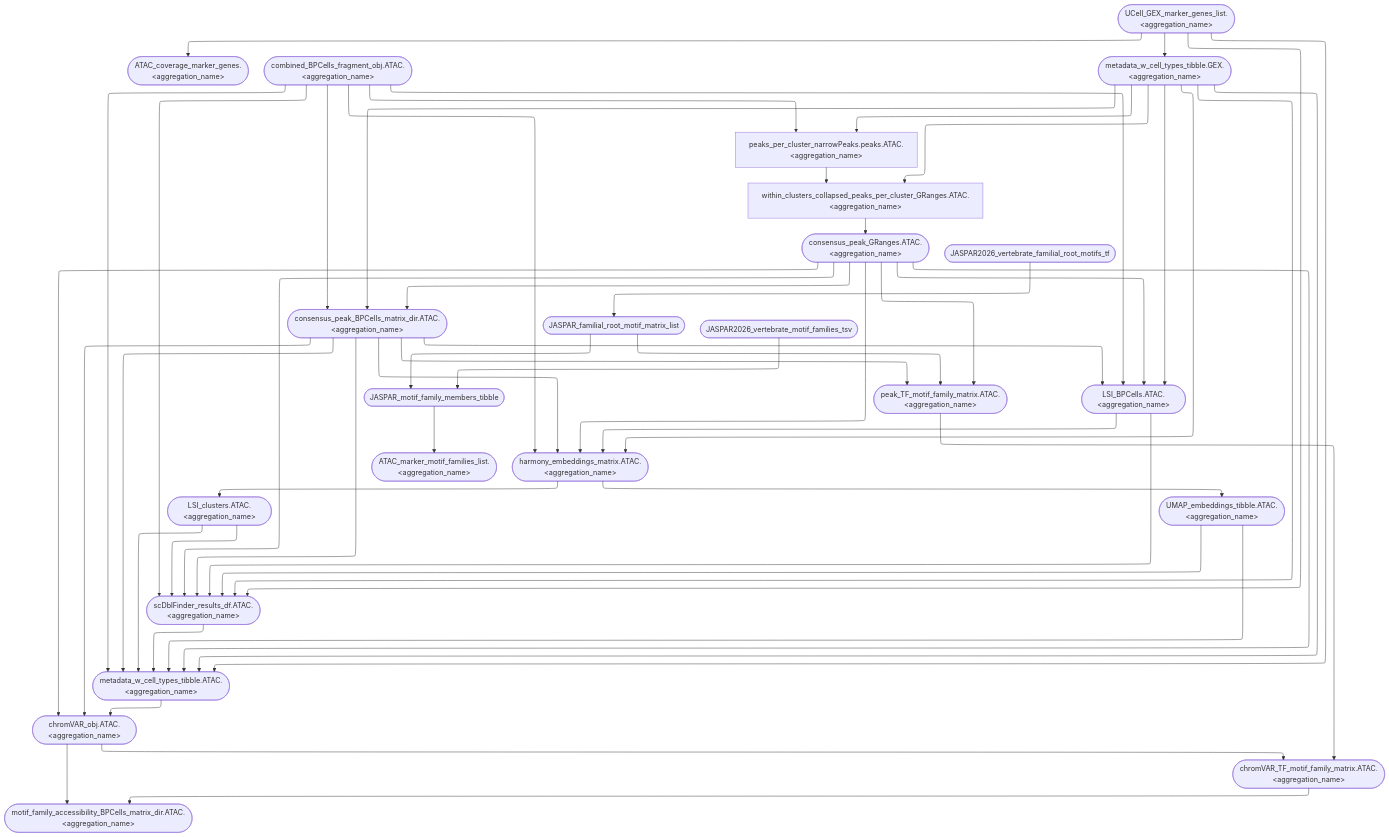
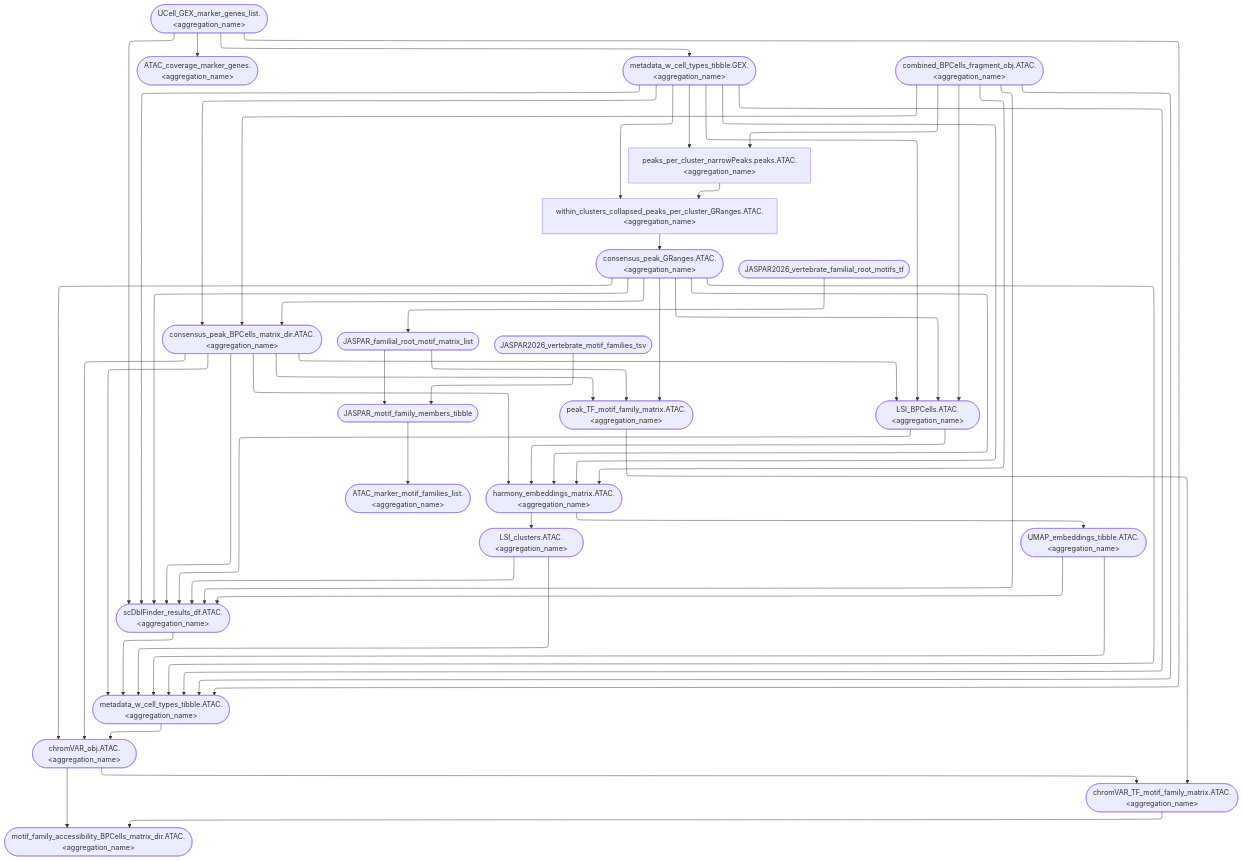
The diagram in website/figures/human_curated/ATAC_v2.mmd (koefoeden/multiomeR), drawn with Mermaid before and after one commit. The commit also changed other lines of this file and 25 other files, not shown here.

```diff
--- a/website/figures/human_curated/ATAC_v2.mmd
+++ b/website/figures/human_curated/ATAC_v2.mmd
@@ -7,8 +7,8 @@
   chromVAR_obj.ATAC.immune_human_2x(["chromVAR_obj.ATAC.&lt;aggregation_name&gt;"]):::none --> chromVAR_TF_motif_family_matrix.ATAC.immune_human_2x(["chromVAR_TF_motif_family_matrix.ATAC.&lt;aggregation_name&gt;"]):::none
   peak_TF_motif_family_matrix.ATAC.immune_human_2x(["peak_TF_motif_family_matrix.ATAC.&lt;aggregation_name&gt;"]):::none --> chromVAR_TF_motif_family_matrix.ATAC.immune_human_2x(["chromVAR_TF_motif_family_matrix.ATAC.&lt;aggregation_name&gt;"]):::none
   consensus_peak_GRanges.ATAC.immune_human_2x(["consensus_peak_GRanges.ATAC.&lt;aggregation_name&gt;"]):::none --> consensus_peak_BPCells_matrix_dir.ATAC.immune_human_2x(["consensus_peak_BPCells_matrix_dir.ATAC.&lt;aggregation_name&gt;"]):::none
+  metadata_w_cell_types_tibble.GEX.immune_human_2x(["metadata_w_cell_types_tibble.GEX.&lt;aggregation_name&gt;"]):::none --> consensus_peak_BPCells_matrix_dir.ATAC.immune_human_2x(["consensus_peak_BPCells_matrix_dir.ATAC.&lt;aggregation_name&gt;"]):::none
   combined_BPCells_fragment_obj.ATAC.immune_human_2x(["combined_BPCells_fragment_obj.ATAC.&lt;aggregation_name&gt;"]):::none --> consensus_peak_BPCells_matrix_dir.ATAC.immune_human_2x(["consensus_peak_BPCells_matrix_dir.ATAC.&lt;aggregation_name&gt;"]):::none
-  metadata_w_cell_types_tibble.GEX.immune_human_2x(["metadata_w_cell_types_tibble.GEX.&lt;aggregation_name&gt;"]):::none --> consensus_peak_BPCells_matrix_dir.ATAC.immune_human_2x(["consensus_peak_BPCells_matrix_dir.ATAC.&lt;aggregation_name&gt;"]):::none
   within_clusters_collapsed_peaks_per_cluster_GRanges.ATAC.immune_human_2x["within_clusters_collapsed_peaks_per_cluster_GRanges.ATAC.&lt;aggregation_name&gt;"]:::none --> consensus_peak_GRanges.ATAC.immune_human_2x(["consensus_peak_GRanges.ATAC.&lt;aggregation_name&gt;"]):::none
   LSI_BPCells.ATAC.immune_human_2x(["LSI_BPCells.ATAC.&lt;aggregation_name&gt;"]):::none --> harmony_embeddings_matrix.ATAC.immune_human_2x(["harmony_embeddings_matrix.ATAC.&lt;aggregation_name&gt;"]):::none
   JASPAR2026_vertebrate_familial_root_motifs_tf(["JASPAR2026_vertebrate_familial_root_motifs_tf"]):::none --> JASPAR_familial_root_motif_matrix_list(["JASPAR_familial_root_motif_matrix_list"]):::none
@@ -16,35 +16,35 @@
   JASPAR2026_vertebrate_motif_families_tsv(["JASPAR2026_vertebrate_motif_families_tsv"]):::none --> JASPAR_motif_family_members_tibble(["JASPAR_motif_family_members_tibble"]):::none
   harmony_embeddings_matrix.ATAC.immune_human_2x(["harmony_embeddings_matrix.ATAC.&lt;aggregation_name&gt;"]):::none --> LSI_clusters.ATAC.immune_human_2x(["LSI_clusters.ATAC.&lt;aggregation_name&gt;"]):::none
   scDblFinder_results_df.ATAC.immune_human_2x(["scDblFinder_results_df.ATAC.&lt;aggregation_name&gt;"]):::none --> metadata_w_cell_types_tibble.ATAC.immune_human_2x(["metadata_w_cell_types_tibble.ATAC.&lt;aggregation_name&gt;"]):::none
+  JASPAR_familial_root_motif_matrix_list(["JASPAR_familial_root_motif_matrix_list"]):::none --> peak_TF_motif_family_matrix.ATAC.immune_human_2x(["peak_TF_motif_family_matrix.ATAC.&lt;aggregation_name&gt;"]):::none
   consensus_peak_GRanges.ATAC.immune_human_2x(["consensus_peak_GRanges.ATAC.&lt;aggregation_name&gt;"]):::none --> peak_TF_motif_family_matrix.ATAC.immune_human_2x(["peak_TF_motif_family_matrix.ATAC.&lt;aggregation_name&gt;"]):::none
-  JASPAR_familial_root_motif_matrix_list(["JASPAR_familial_root_motif_matrix_list"]):::none --> peak_TF_motif_family_matrix.ATAC.immune_human_2x(["peak_TF_motif_family_matrix.ATAC.&lt;aggregation_name&gt;"]):::none
   combined_BPCells_fragment_obj.ATAC.immune_human_2x(["combined_BPCells_fragment_obj.ATAC.&lt;aggregation_name&gt;"]):::none --> peaks_per_cluster_narrowPeaks.peaks.ATAC.immune_human_2x["peaks_per_cluster_narrowPeaks.peaks.ATAC.&lt;aggregation_name&gt;"]:::none
   harmony_embeddings_matrix.ATAC.immune_human_2x(["harmony_embeddings_matrix.ATAC.&lt;aggregation_name&gt;"]):::none --> UMAP_embeddings_tibble.ATAC.immune_human_2x(["UMAP_embeddings_tibble.ATAC.&lt;aggregation_name&gt;"]):::none
   metadata_w_cell_types_tibble.GEX.immune_human_2x(["metadata_w_cell_types_tibble.GEX.&lt;aggregation_name&gt;"]):::none --> peaks_per_cluster_narrowPeaks.peaks.ATAC.immune_human_2x["peaks_per_cluster_narrowPeaks.peaks.ATAC.&lt;aggregation_name&gt;"]:::none
   chromVAR_obj.ATAC.immune_human_2x(["chromVAR_obj.ATAC.&lt;aggregation_name&gt;"]):::none --> motif_family_accessibility_BPCells_matrix_dir.ATAC.immune_human_2x(["motif_family_accessibility_BPCells_matrix_dir.ATAC.&lt;aggregation_name&gt;"]):::none
+  UCell_GEX_marker_genes_list.immune_human_2x(["UCell_GEX_marker_genes_list.&lt;aggregation_name&gt;"]):::none --> metadata_w_cell_types_tibble.GEX.immune_human_2x(["metadata_w_cell_types_tibble.GEX.&lt;aggregation_name&gt;"]):::none
+  UCell_GEX_marker_genes_list.immune_human_2x(["UCell_GEX_marker_genes_list.&lt;aggregation_name&gt;"]):::none --> metadata_w_cell_types_tibble.ATAC.immune_human_2x(["metadata_w_cell_types_tibble.ATAC.&lt;aggregation_name&gt;"]):::none
+  LSI_clusters.ATAC.immune_human_2x(["LSI_clusters.ATAC.&lt;aggregation_name&gt;"]):::none --> metadata_w_cell_types_tibble.ATAC.immune_human_2x(["metadata_w_cell_types_tibble.ATAC.&lt;aggregation_name&gt;"]):::none
+  UMAP_embeddings_tibble.ATAC.immune_human_2x(["UMAP_embeddings_tibble.ATAC.&lt;aggregation_name&gt;"]):::none --> metadata_w_cell_types_tibble.ATAC.immune_human_2x(["metadata_w_cell_types_tibble.ATAC.&lt;aggregation_name&gt;"]):::none
+  consensus_peak_GRanges.ATAC.immune_human_2x(["consensus_peak_GRanges.ATAC.&lt;aggregation_name&gt;"]):::none --> metadata_w_cell_types_tibble.ATAC.immune_human_2x(["metadata_w_cell_types_tibble.ATAC.&lt;aggregation_name&gt;"]):::none
+  combined_BPCells_fragment_obj.ATAC.immune_human_2x(["combined_BPCells_fragment_obj.ATAC.&lt;aggregation_name&gt;"]):::none --> metadata_w_cell_types_tibble.ATAC.immune_human_2x(["metadata_w_cell_types_tibble.ATAC.&lt;aggregation_name&gt;"]):::none
+  metadata_w_cell_types_tibble.GEX.immune_human_2x(["metadata_w_cell_types_tibble.GEX.&lt;aggregation_name&gt;"]):::none --> metadata_w_cell_types_tibble.ATAC.immune_human_2x(["metadata_w_cell_types_tibble.ATAC.&lt;aggregation_name&gt;"]):::none
+  consensus_peak_BPCells_matrix_dir.ATAC.immune_human_2x(["consensus_peak_BPCells_matrix_dir.ATAC.&lt;aggregation_name&gt;"]):::none --> metadata_w_cell_types_tibble.ATAC.immune_human_2x(["metadata_w_cell_types_tibble.ATAC.&lt;aggregation_name&gt;"]):::none
+  UCell_GEX_marker_genes_list.immune_human_2x(["UCell_GEX_marker_genes_list.&lt;aggregation_name&gt;"]):::none --> scDblFinder_results_df.ATAC.immune_human_2x(["scDblFinder_results_df.ATAC.&lt;aggregation_name&gt;"]):::none
+  LSI_clusters.ATAC.immune_human_2x(["LSI_clusters.ATAC.&lt;aggregation_name&gt;"]):::none --> scDblFinder_results_df.ATAC.immune_human_2x(["scDblFinder_results_df.ATAC.&lt;aggregation_name&gt;"]):::none
+  UMAP_embeddings_tibble.ATAC.immune_human_2x(["UMAP_embeddings_tibble.ATAC.&lt;aggregation_name&gt;"]):::none --> scDblFinder_results_df.ATAC.immune_human_2x(["scDblFinder_results_df.ATAC.&lt;aggregation_name&gt;"]):::none
+  consensus_peak_GRanges.ATAC.immune_human_2x(["consensus_peak_GRanges.ATAC.&lt;aggregation_name&gt;"]):::none --> scDblFinder_results_df.ATAC.immune_human_2x(["scDblFinder_results_df.ATAC.&lt;aggregation_name&gt;"]):::none
+  combined_BPCells_fragment_obj.ATAC.immune_human_2x(["combined_BPCells_fragment_obj.ATAC.&lt;aggregation_name&gt;"]):::none --> scDblFinder_results_df.ATAC.immune_human_2x(["scDblFinder_results_df.ATAC.&lt;aggregation_name&gt;"]):::none
+  metadata_w_cell_types_tibble.GEX.immune_human_2x(["metadata_w_cell_types_tibble.GEX.&lt;aggregation_name&gt;"]):::none --> scDblFinder_results_df.ATAC.immune_human_2x(["scDblFinder_results_df.ATAC.&lt;aggregation_name&gt;"]):::none
+  consensus_peak_BPCells_matrix_dir.ATAC.immune_human_2x(["consensus_peak_BPCells_matrix_dir.ATAC.&lt;aggregation_name&gt;"]):::none --> scDblFinder_results_df.ATAC.immune_human_2x(["scDblFinder_results_df.ATAC.&lt;aggregation_name&gt;"]):::none
   consensus_peak_BPCells_matrix_dir.ATAC.immune_human_2x(["consensus_peak_BPCells_matrix_dir.ATAC.&lt;aggregation_name&gt;"]):::none --> chromVAR_obj.ATAC.immune_human_2x(["chromVAR_obj.ATAC.&lt;aggregation_name&gt;"]):::none
   consensus_peak_BPCells_matrix_dir.ATAC.immune_human_2x(["consensus_peak_BPCells_matrix_dir.ATAC.&lt;aggregation_name&gt;"]):::none --> peak_TF_motif_family_matrix.ATAC.immune_human_2x(["peak_TF_motif_family_matrix.ATAC.&lt;aggregation_name&gt;"]):::none
   consensus_peak_BPCells_matrix_dir.ATAC.immune_human_2x(["consensus_peak_BPCells_matrix_dir.ATAC.&lt;aggregation_name&gt;"]):::none --> LSI_BPCells.ATAC.immune_human_2x(["LSI_BPCells.ATAC.&lt;aggregation_name&gt;"]):::none
   consensus_peak_BPCells_matrix_dir.ATAC.immune_human_2x(["consensus_peak_BPCells_matrix_dir.ATAC.&lt;aggregation_name&gt;"]):::none --> harmony_embeddings_matrix.ATAC.immune_human_2x(["harmony_embeddings_matrix.ATAC.&lt;aggregation_name&gt;"]):::none
-  consensus_peak_BPCells_matrix_dir.ATAC.immune_human_2x(["consensus_peak_BPCells_matrix_dir.ATAC.&lt;aggregation_name&gt;"]):::none --> scDblFinder_results_df.ATAC.immune_human_2x(["scDblFinder_results_df.ATAC.&lt;aggregation_name&gt;"]):::none
-  consensus_peak_BPCells_matrix_dir.ATAC.immune_human_2x(["consensus_peak_BPCells_matrix_dir.ATAC.&lt;aggregation_name&gt;"]):::none --> metadata_w_cell_types_tibble.ATAC.immune_human_2x(["metadata_w_cell_types_tibble.ATAC.&lt;aggregation_name&gt;"]):::none
   LSI_BPCells.ATAC.immune_human_2x(["LSI_BPCells.ATAC.&lt;aggregation_name&gt;"]):::none --> scDblFinder_results_df.ATAC.immune_human_2x(["scDblFinder_results_df.ATAC.&lt;aggregation_name&gt;"]):::none
   consensus_peak_GRanges.ATAC.immune_human_2x(["consensus_peak_GRanges.ATAC.&lt;aggregation_name&gt;"]):::none --> harmony_embeddings_matrix.ATAC.immune_human_2x(["harmony_embeddings_matrix.ATAC.&lt;aggregation_name&gt;"]):::none
   combined_BPCells_fragment_obj.ATAC.immune_human_2x(["combined_BPCells_fragment_obj.ATAC.&lt;aggregation_name&gt;"]):::none --> harmony_embeddings_matrix.ATAC.immune_human_2x(["harmony_embeddings_matrix.ATAC.&lt;aggregation_name&gt;"]):::none
   metadata_w_cell_types_tibble.GEX.immune_human_2x(["metadata_w_cell_types_tibble.GEX.&lt;aggregation_name&gt;"]):::none --> harmony_embeddings_matrix.ATAC.immune_human_2x(["harmony_embeddings_matrix.ATAC.&lt;aggregation_name&gt;"]):::none
-  consensus_peak_GRanges.ATAC.immune_human_2x(["consensus_peak_GRanges.ATAC.&lt;aggregation_name&gt;"]):::none --> metadata_w_cell_types_tibble.ATAC.immune_human_2x(["metadata_w_cell_types_tibble.ATAC.&lt;aggregation_name&gt;"]):::none
-  combined_BPCells_fragment_obj.ATAC.immune_human_2x(["combined_BPCells_fragment_obj.ATAC.&lt;aggregation_name&gt;"]):::none --> metadata_w_cell_types_tibble.ATAC.immune_human_2x(["metadata_w_cell_types_tibble.ATAC.&lt;aggregation_name&gt;"]):::none
-  metadata_w_cell_types_tibble.GEX.immune_human_2x(["metadata_w_cell_types_tibble.GEX.&lt;aggregation_name&gt;"]):::none --> metadata_w_cell_types_tibble.ATAC.immune_human_2x(["metadata_w_cell_types_tibble.ATAC.&lt;aggregation_name&gt;"]):::none
-  consensus_peak_GRanges.ATAC.immune_human_2x(["consensus_peak_GRanges.ATAC.&lt;aggregation_name&gt;"]):::none --> scDblFinder_results_df.ATAC.immune_human_2x(["scDblFinder_results_df.ATAC.&lt;aggregation_name&gt;"]):::none
-  combined_BPCells_fragment_obj.ATAC.immune_human_2x(["combined_BPCells_fragment_obj.ATAC.&lt;aggregation_name&gt;"]):::none --> scDblFinder_results_df.ATAC.immune_human_2x(["scDblFinder_results_df.ATAC.&lt;aggregation_name&gt;"]):::none
-  metadata_w_cell_types_tibble.GEX.immune_human_2x(["metadata_w_cell_types_tibble.GEX.&lt;aggregation_name&gt;"]):::none --> scDblFinder_results_df.ATAC.immune_human_2x(["scDblFinder_results_df.ATAC.&lt;aggregation_name&gt;"]):::none
-  UCell_GEX_marker_genes_list.immune_human_2x(["UCell_GEX_marker_genes_list.&lt;aggregation_name&gt;"]):::none --> metadata_w_cell_types_tibble.ATAC.immune_human_2x(["metadata_w_cell_types_tibble.ATAC.&lt;aggregation_name&gt;"]):::none
-  UMAP_embeddings_tibble.ATAC.immune_human_2x(["UMAP_embeddings_tibble.ATAC.&lt;aggregation_name&gt;"]):::none --> metadata_w_cell_types_tibble.ATAC.immune_human_2x(["metadata_w_cell_types_tibble.ATAC.&lt;aggregation_name&gt;"]):::none
-  LSI_clusters.ATAC.immune_human_2x(["LSI_clusters.ATAC.&lt;aggregation_name&gt;"]):::none --> metadata_w_cell_types_tibble.ATAC.immune_human_2x(["metadata_w_cell_types_tibble.ATAC.&lt;aggregation_name&gt;"]):::none
-  UCell_GEX_marker_genes_list.immune_human_2x(["UCell_GEX_marker_genes_list.&lt;aggregation_name&gt;"]):::none --> scDblFinder_results_df.ATAC.immune_human_2x(["scDblFinder_results_df.ATAC.&lt;aggregation_name&gt;"]):::none
-  UMAP_embeddings_tibble.ATAC.immune_human_2x(["UMAP_embeddings_tibble.ATAC.&lt;aggregation_name&gt;"]):::none --> scDblFinder_results_df.ATAC.immune_human_2x(["scDblFinder_results_df.ATAC.&lt;aggregation_name&gt;"]):::none
-  LSI_clusters.ATAC.immune_human_2x(["LSI_clusters.ATAC.&lt;aggregation_name&gt;"]):::none --> scDblFinder_results_df.ATAC.immune_human_2x(["scDblFinder_results_df.ATAC.&lt;aggregation_name&gt;"]):::none
-  UCell_GEX_marker_genes_list.immune_human_2x(["UCell_GEX_marker_genes_list.&lt;aggregation_name&gt;"]):::none --> metadata_w_cell_types_tibble.GEX.immune_human_2x(["metadata_w_cell_types_tibble.GEX.&lt;aggregation_name&gt;"]):::none
   consensus_peak_GRanges.ATAC.immune_human_2x(["consensus_peak_GRanges.ATAC.&lt;aggregation_name&gt;"]):::none --> LSI_BPCells.ATAC.immune_human_2x(["LSI_BPCells.ATAC.&lt;aggregation_name&gt;"]):::none
   combined_BPCells_fragment_obj.ATAC.immune_human_2x(["combined_BPCells_fragment_obj.ATAC.&lt;aggregation_name&gt;"]):::none --> LSI_BPCells.ATAC.immune_human_2x(["LSI_BPCells.ATAC.&lt;aggregation_name&gt;"]):::none
   metadata_w_cell_types_tibble.GEX.immune_human_2x(["metadata_w_cell_types_tibble.GEX.&lt;aggregation_name&gt;"]):::none --> LSI_BPCells.ATAC.immune_human_2x(["LSI_BPCells.ATAC.&lt;aggregation_name&gt;"]):::none
```
